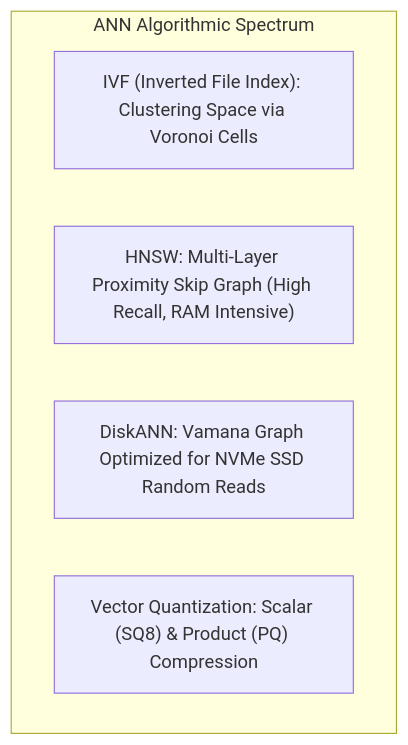
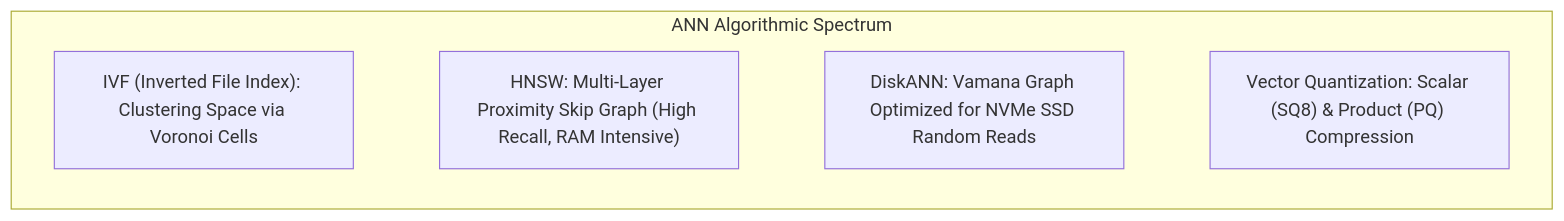
One commit to espoem/zero-to-one changed the fifth of 6 diagrams in architecture/data-systems/modules/03-indexing-theory-and-vector-search.md. Above: the diagram before and after it, drawn with Mermaid. The commit also changed 171 other files, not shown here.

Commit message:
fix(curriculum): repair LaTeX and KaTeX math blocks, heading uniqueness, and diagram constraints

````diff
--- a/architecture/data-systems/modules/03-indexing-theory-and-vector-search.md
+++ b/architecture/data-systems/modules/03-indexing-theory-and-vector-search.md
@@ -159,9 +159,10 @@
 ```mermaid
-graph TD
+flowchart TD
     subgraph ANN Algorithmic Spectrum
         IVF["IVF (Inverted File Index): Clustering Space via Voronoi Cells"]
         HNSW["HNSW: Multi-Layer Proximity Skip Graph (High Recall, RAM Intensive)"]
         DiskANN["DiskANN: Vamana Graph Optimized for NVMe SSD Random Reads"]
         Quant["Vector Quantization: Scalar (SQ8) & Product (PQ) Compression"]
+        IVF ~~~ HNSW ~~~ DiskANN ~~~ Quant
     end
 ```
````
